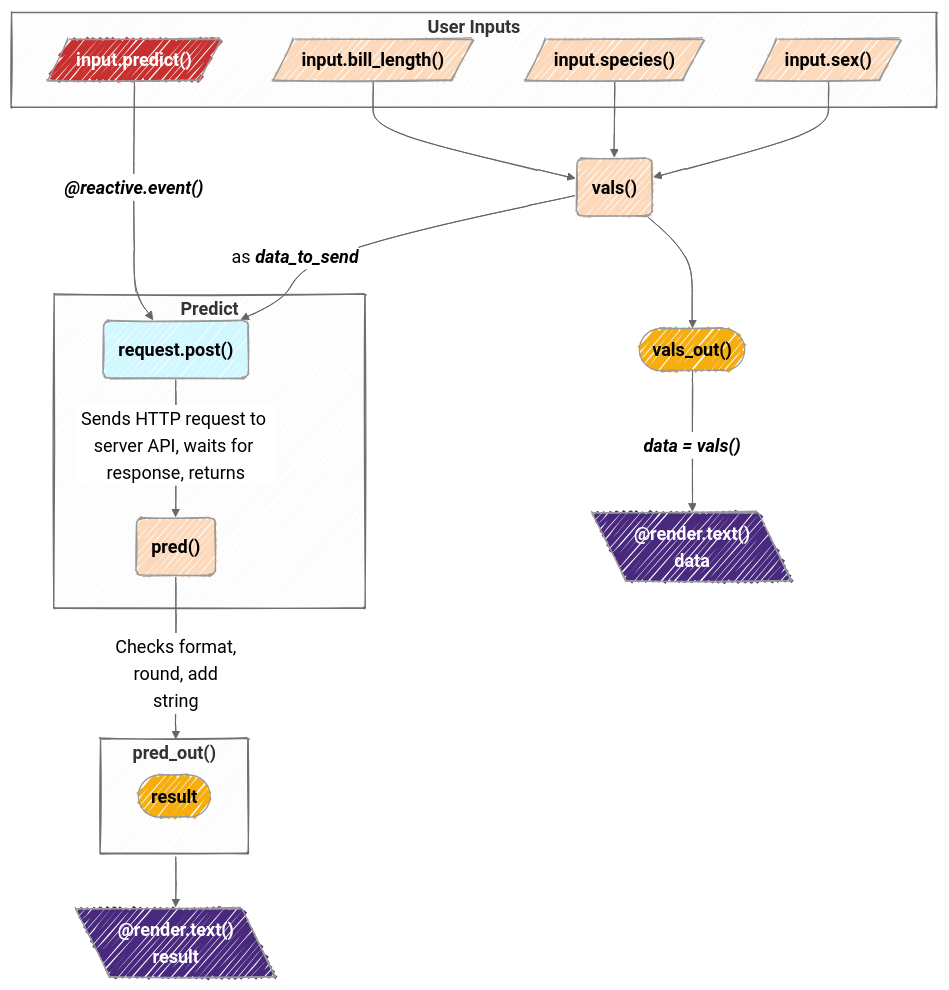
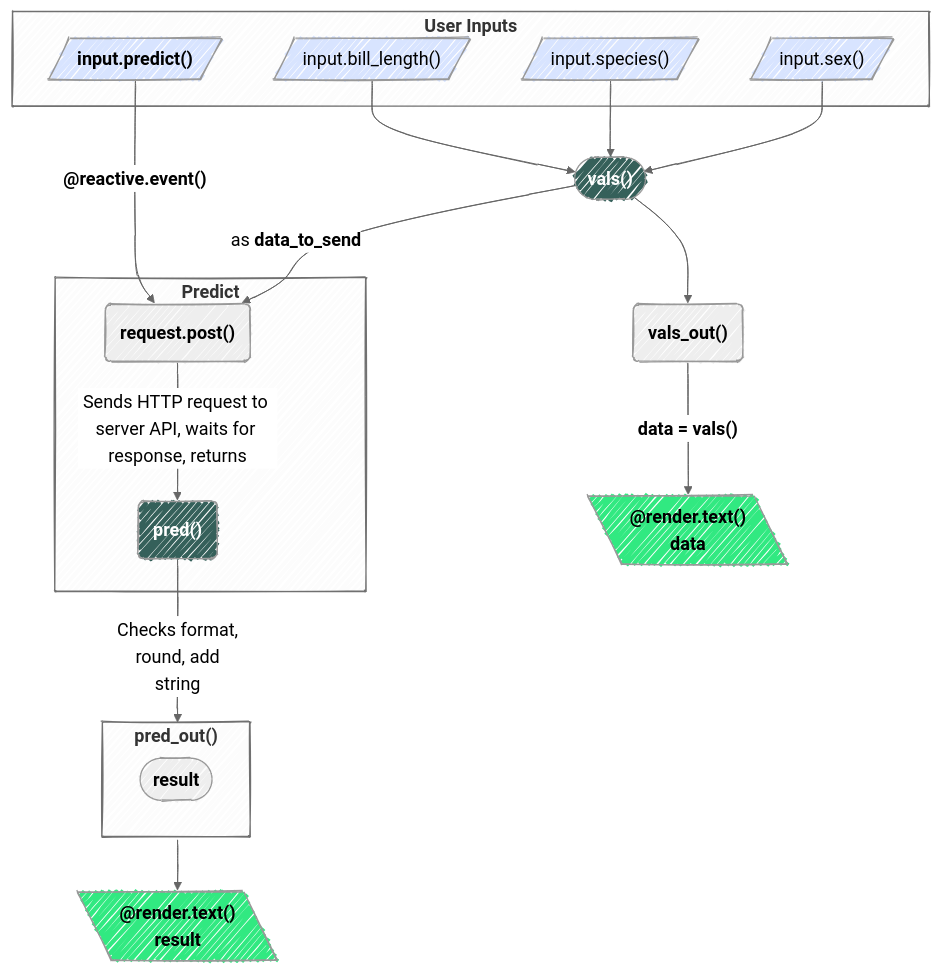
The first of 8 diagrams in app-log-py.qmd (mjfrigaard/do4ds-labs), drawn with Mermaid before and after one commit. The commit also changed other lines of this file and 18 other files, not shown here.

````diff
--- a/app-log-py.qmd
+++ b/app-log-py.qmd
@@ -41,52 +41,42 @@
 ```{mermaid}
 %%| fig-cap: 'Python Shiny App and API'
 %%| fig-align: center
 %%{init: {'theme': 'neutral', 'look': 'handDrawn', 'themeVariables': { 'fontFamily': 'monospace', "fontSize":"18px"}}}%%
 
 flowchart TD
-   subgraph Inputs["<strong>User Inputs</strong>"]
-          I1[/"<strong>input.bill_length()</strong>"/]
-          I2[/"<strong>input.species()</strong>"/]
-          I3[/"<strong>input.sex()</strong>"/]
-          I4[/"<strong>input.predict()</strong>"/]
-    end
-  
-    %% Style for inputs %%
-    style I1 fill:#fdd9bb,color:#000,font-size:18px
-    style I2 fill:#fdd9bb,color:#000,font-size:18px
-    style I3 fill:#fdd9bb,color:#000,font-size:18px
-    style I4 fill:#c83030,color:#fff,font-size:18px
-    
-   subgraph Pred["<strong>Predict</strong>"]
-          PredR("<strong>pred()</strong>")
-          Req("<strong>request.post()</strong>")
-    end
-  
-    %% Style for predictions %%
-    style Req fill:#d1f7ff,color:#000,rx:20,ry:20,font-size:18px
-    style PredR fill:#fdd9bb,color:#000,rx:20,ry:20,font-size:18px
-  
-   subgraph PredOutReact["<strong>pred_out()</strong>"]
-          Res(["<strong>result</strong>"])
-    end
-  
-    style ValsOut fill:#f6ae0e,font-size:18px
-  
+ subgraph Inputs["<strong>User Inputs</strong>"]
+        I1[/"input.bill_length()"/]
+        I2[/"input.species()"/]
+        I3[/"input.sex()"/]
+        I4[/"<strong>input.predict()</strong>"/]
+  end
+    style I1 fill:#d8e4ff
+    style I2 fill:#d8e4ff
+    style I3 fill:#d8e4ff
+    style I4 fill:#d8e4ff
+
+ subgraph Pred["<strong>Predict</strong>"]
+        PredR("<strong>pred()</strong>")
+        Req("<strong>request.post()</strong>")
+  end
+ subgraph PredOutReact["<strong>pred_out()</strong>"]
+        Res(["<strong>result</strong>"])
+  end
     Req -- Sends HTTP request to server API, waits for response, returns --> PredR
     PredR -- Checks format,<br>round, add<br> string --> PredOutReact
-    I1 --> ValsReact("<strong>vals()</strong>")
+    I1 --> ValsReact(["<strong>vals()</strong>"])
     I2 --> ValsReact
     I3 --> ValsReact
-    I4 -- "<em><strong>@reactive.event()</em></strong>" --> Req
-    ValsReact -- "as <em><strong>data_to_send</em></strong>" --> Req
-    ValsReact --> ValsOut(["<strong>vals_out()</strong>"])
-    ValsOut -- "<em><strong>data = vals()</em></strong>" --> RenPrnt[\"<strong>@render.text()<br>data</strong>"\]
+    I4 -- "<strong>@reactive.event()</strong>" --> Req
+    ValsReact -- as <strong>data_to_send</strong> --> Req
+    ValsReact --> ValsOut("<strong>vals_out()</strong>")
+    ValsOut -- "<strong>data = vals()</strong>" --> RenPrnt[\"<strong>@render.text()</strong><br><strong>data</strong>"\]
     PredOutReact --> RenTxt[\"<strong>@render.text()</strong><br><strong>result</strong>"\]
     
-    style ValsReact fill:#fdd9bb,color:#000,font-size:18px
-    style Res fill:#f6ae0e,color:#000,font-size:18px
-    
-    style RenTxt fill:#49297e,color:#fff,font-size:18px
-    style RenPrnt fill:#49297e,color:#fff,font-size:18px
+    style PredR fill:#35605a,color:#fff
+    style ValsReact fill:#35605a,color:#fff
+
+    style RenTxt fill:#31e981
+    style RenPrnt fill:#31e981
 
 ```
````
